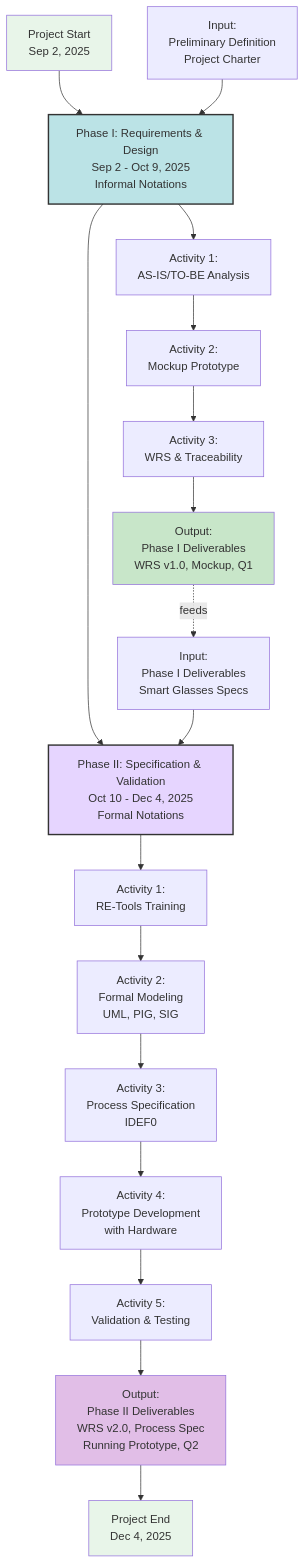
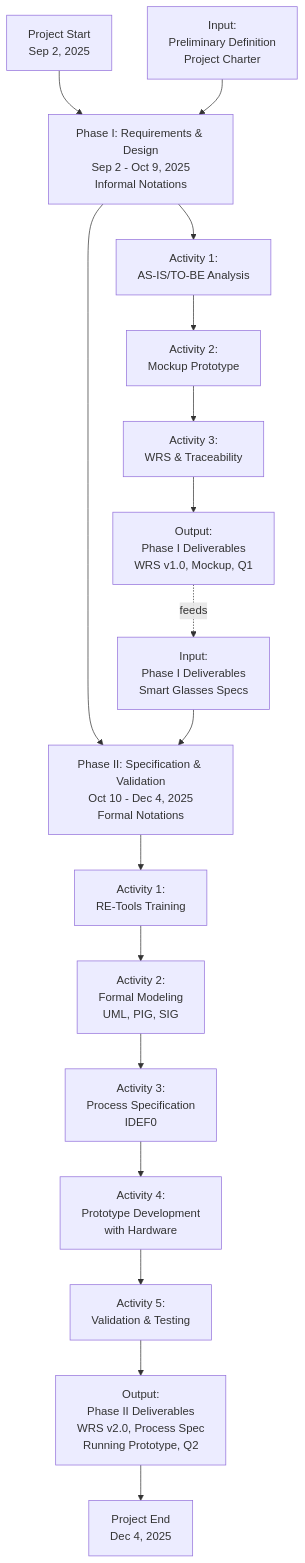
The first of 9 diagrams in docs/Project 2/Process Specification.md (phamleduy04/se4351-mobile-f25), drawn with Mermaid before and after one commit. The commit also changed other lines of this file, not shown here.

````diff
--- a/docs/Project 2/Process Specification.md
+++ b/docs/Project 2/Process Specification.md
@@ -34,50 +34,43 @@
 ```mermaid
 graph TB
     START["Project Start<br/>Sep 2, 2025"]
     
     PHASE1["Phase I: Requirements & Design<br/>Sep 2 - Oct 9, 2025<br/>Informal Notations"]
     PHASE2["Phase II: Specification & Validation<br/>Oct 10 - Dec 4, 2025<br/>Formal Notations"]
     
     START --> PHASE1
     PHASE1 --> PHASE2
     
     PHASE1_INPUT["Input:<br/>Preliminary Definition<br/>Project Charter"]
     PHASE1_ACTIVITY1["Activity 1:<br/>AS-IS/TO-BE Analysis"]
     PHASE1_ACTIVITY2["Activity 2:<br/>Mockup Prototype"]
     PHASE1_ACTIVITY3["Activity 3:<br/>WRS & Traceability"]
     PHASE1_OUTPUT["Output:<br/>Phase I Deliverables<br/>WRS v1.0, Mockup, Q1"]
     
     PHASE1_INPUT --> PHASE1
     PHASE1 --> PHASE1_ACTIVITY1
     PHASE1_ACTIVITY1 --> PHASE1_ACTIVITY2
     PHASE1_ACTIVITY2 --> PHASE1_ACTIVITY3
     PHASE1_ACTIVITY3 --> PHASE1_OUTPUT
     
     PHASE2_INPUT["Input:<br/>Phase I Deliverables<br/>Smart Glasses Specs"]
     PHASE2_ACTIVITY1["Activity 1:<br/>RE-Tools Training"]
     PHASE2_ACTIVITY2["Activity 2:<br/>Formal Modeling<br/>UML, PIG, SIG"]
     PHASE2_ACTIVITY3["Activity 3:<br/>Process Specification<br/>IDEF0"]
     PHASE2_ACTIVITY4["Activity 4:<br/>Prototype Development<br/>with Hardware"]
     PHASE2_ACTIVITY5["Activity 5:<br/>Validation & Testing"]
     PHASE2_OUTPUT["Output:<br/>Phase II Deliverables<br/>WRS v2.0, Process Spec<br/>Running Prototype, Q2"]
     
     PHASE2_INPUT --> PHASE2
     PHASE2 --> PHASE2_ACTIVITY1
     PHASE2_ACTIVITY1 --> PHASE2_ACTIVITY2
     PHASE2_ACTIVITY2 --> PHASE2_ACTIVITY3
     PHASE2_ACTIVITY3 --> PHASE2_ACTIVITY4
     PHASE2_ACTIVITY4 --> PHASE2_ACTIVITY5
     PHASE2_ACTIVITY5 --> PHASE2_OUTPUT
     
     PHASE1_OUTPUT -.feeds.-> PHASE2_INPUT
     
     END["Project End<br/>Dec 4, 2025"]
     PHASE2_OUTPUT --> END
-    
-    style START fill:#E8F5E9
-    style PHASE1 fill:#BBE3E6,stroke:#333,stroke-width:2px
-    style PHASE2 fill:#E6D5FF,stroke:#333,stroke-width:2px
-    style END fill:#E8F5E9
-    style PHASE1_OUTPUT fill:#C8E6C9
-    style PHASE2_OUTPUT fill:#E1BEE7
 ```
````
